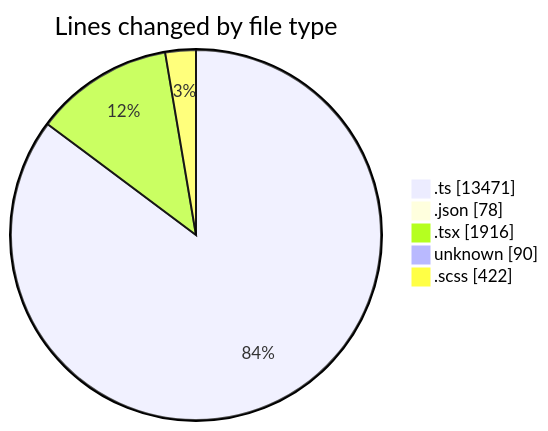
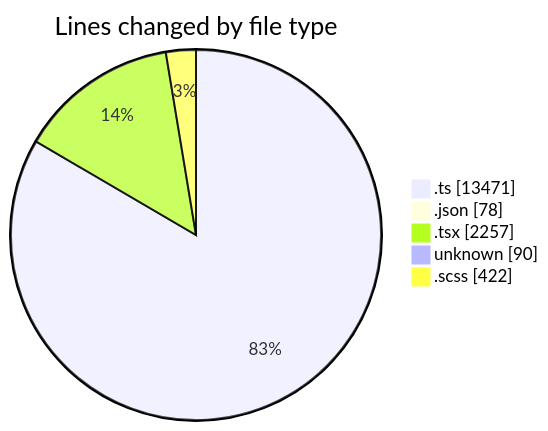
The first of 2 diagrams in 2025-08-29/cda/README.md (momahboobian/code-tracking), drawn with Mermaid before and after one commit. The commit also changed other lines of this file and 1 other file, not shown here.

````diff
--- a/2025-08-29/cda/README.md
+++ b/2025-08-29/cda/README.md
@@ -33,9 +33,9 @@
 ```mermaid
 pie showData
 title Lines changed by file type
 ".ts" : 13471
 ".json" : 78
-".tsx" : 1916
+".tsx" : 2257
 "unknown" : 90
 ".scss" : 422
 ```
````
